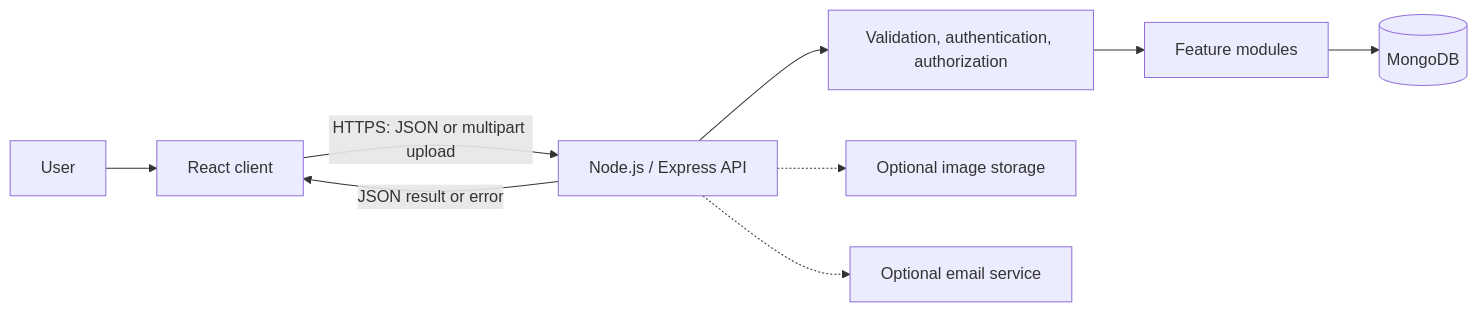
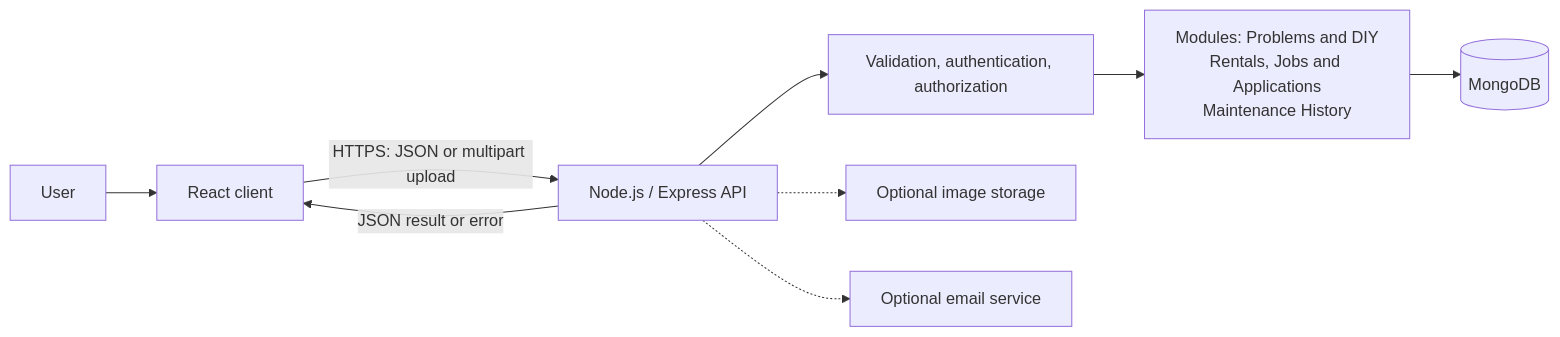
Before and after one commit to zannedMaryem/holberton_HomeMaintain: the first of 8 diagrams in Project_Documentation/TECHNICAL_DOCUMENTATION.md, drawn with Mermaid. The commit also changed other lines of this file and 4 other files, not shown here.

````diff
--- a/Project_Documentation/TECHNICAL_DOCUMENTATION.md
+++ b/Project_Documentation/TECHNICAL_DOCUMENTATION.md
@@ -18,11 +18,11 @@
 ```mermaid
 flowchart LR
     U[User] --> UI[React client]
     UI -->|HTTPS: JSON or multipart upload| API[Node.js / Express API]
     API --> MW[Validation, authentication, authorization]
-    MW --> MOD[Feature modules]
+    MW --> MOD["Modules: Problems and DIY<br/>Rentals, Jobs and Applications<br/>Maintenance History"]
     MOD --> DB[(MongoDB)]
     API -.-> IMG[Optional image storage]
     API -.-> MAIL[Optional email service]
     API -->|JSON result or error| UI
 ```
````
